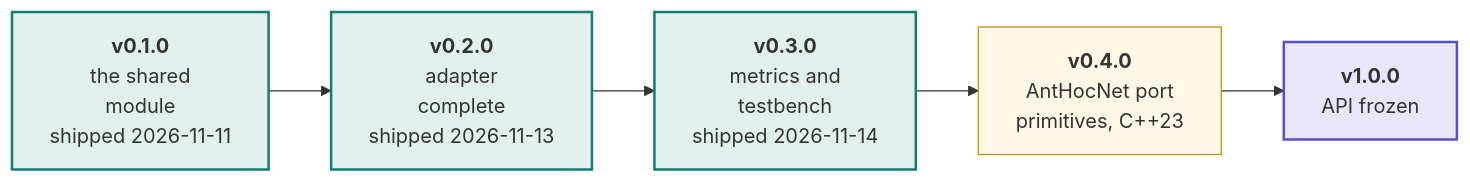
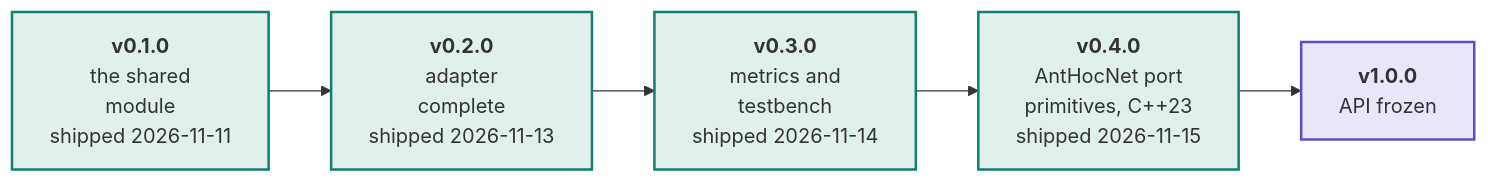
One commit to swarm-routing/ns3-swarm-core changed the first of 2 diagrams in docs/roadmap.md. Above: the diagram before and after it, drawn with Mermaid. The commit also changed other lines of this file and 2 other files, not shown here.

First line of the commit message:
docs: add docs/adopters.md (who uses which swarm-core piece), mark v0.4.0 shipped (#156)

````diff
--- a/docs/roadmap.md
+++ b/docs/roadmap.md
@@ -42,16 +42,16 @@
 ```mermaid
 flowchart LR
     V01["<b>v0.1.0</b><br/>the shared<br/>module<br/>shipped 2026-11-11"]
     V02["<b>v0.2.0</b><br/>adapter<br/>complete<br/>shipped 2026-11-13"]
     V03["<b>v0.3.0</b><br/>metrics and<br/>testbench<br/>shipped 2026-11-14"]
-    V04["<b>v0.4.0</b><br/>AntHocNet port<br/>primitives, C++23"]
+    V04["<b>v0.4.0</b><br/>AntHocNet port<br/>primitives, C++23<br/>shipped 2026-11-15"]
     V10["<b>v1.0.0</b><br/>API frozen"]
 
     V01 --> V02 --> V03 --> V04 --> V10
 
     style V01 fill:#e2f0ed,stroke:#0f7f70,stroke-width:2px
     style V02 fill:#e2f0ed,stroke:#0f7f70,stroke-width:2px
     style V03 fill:#e2f0ed,stroke:#0f7f70,stroke-width:2px
-    style V04 fill:#fff8e6,stroke:#c48f00
+    style V04 fill:#e2f0ed,stroke:#0f7f70,stroke-width:2px
     style V10 fill:#e8e6f8,stroke:#5b4fc4,stroke-width:2px
 ```
````
